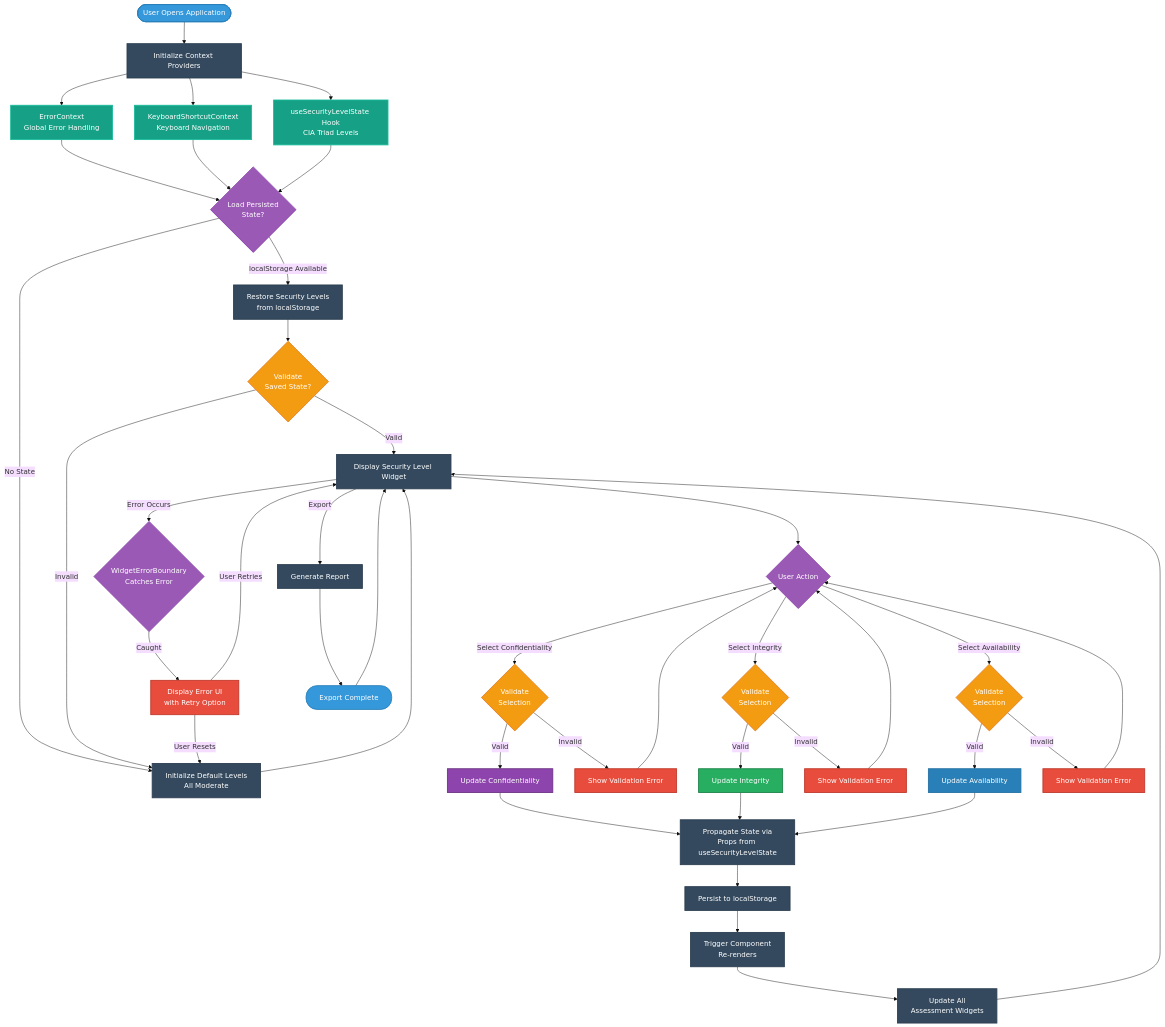
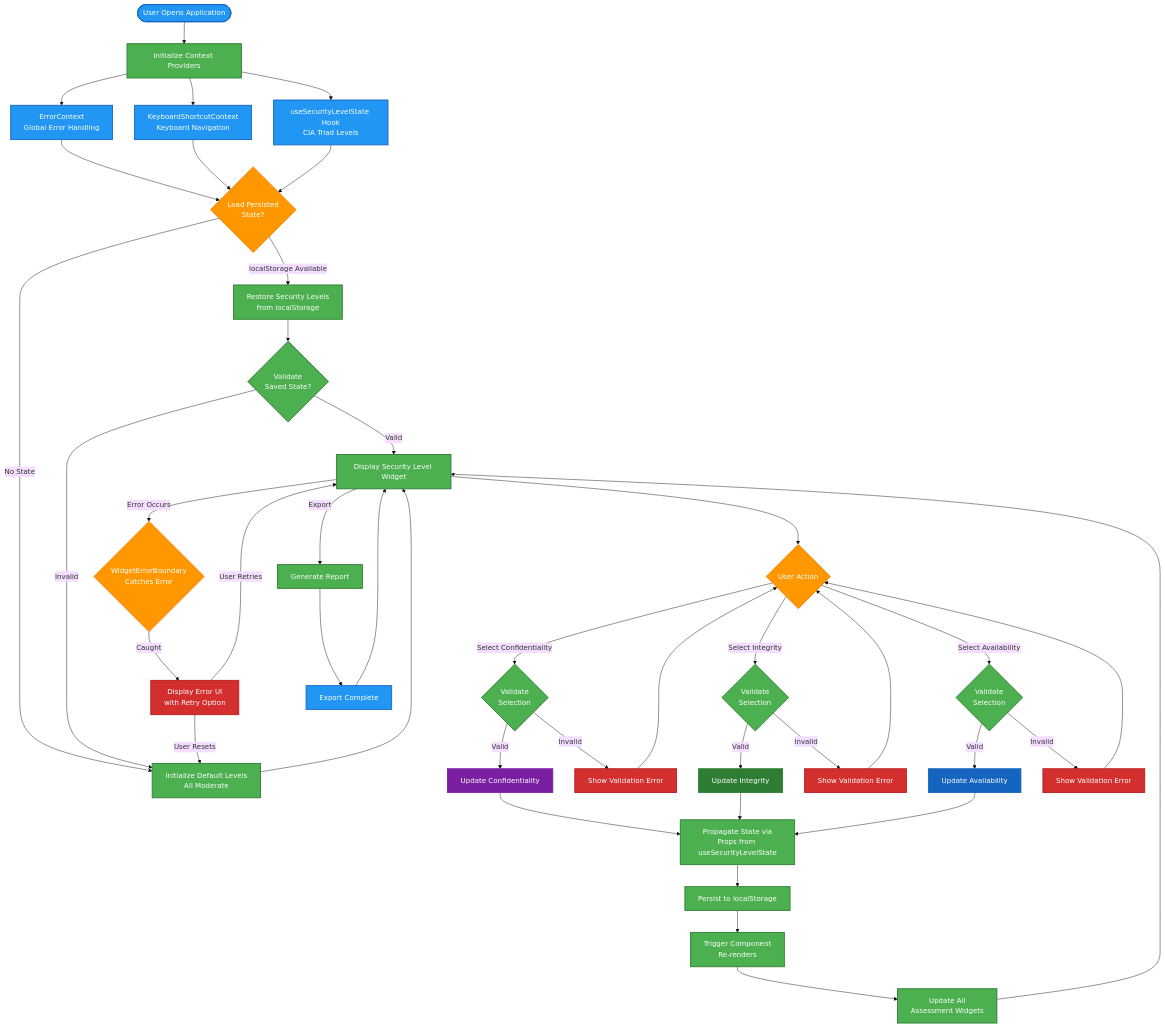
The first of 13 diagrams in docs/architecture/FLOWCHART.md (step-security-bot/cia-compliance-manager), drawn with Mermaid (base theme) before and after one commit. The commit also changed other lines of this file and 27 other files, not shown here.

First line of the commit message:
fix: resolve broken mermaid diagrams and improve color coding to match ISMS style guide (#1106)

````diff
--- a/docs/architecture/FLOWCHART.md
+++ b/docs/architecture/FLOWCHART.md
@@ -55,78 +55,78 @@
 ```mermaid
 flowchart TD
     Start([User Opens Application]) --> InitContexts[Initialize Context Providers]
     
     InitContexts --> ErrorCtx[ErrorContext<br>Global Error Handling]
     InitContexts --> KeyboardCtx[KeyboardShortcutContext<br>Keyboard Navigation]
     InitContexts --> SecurityState[useSecurityLevelState Hook<br>CIA Triad Levels]
     
     ErrorCtx --> LoadState{Load Persisted<br>State?}
     KeyboardCtx --> LoadState
     SecurityState --> LoadState
     
     LoadState -->|localStorage Available| RestoreState[Restore Security Levels<br>from localStorage]
     LoadState -->|No State| InitDefaults[Initialize Default Levels<br>All Moderate]
     
     RestoreState --> ValidateSaved{Validate<br>Saved State?}
     ValidateSaved -->|Valid| DisplayWidget[Display Security Level Widget]
     ValidateSaved -->|Invalid| InitDefaults
     InitDefaults --> DisplayWidget
     
     DisplayWidget --> UserInteract{User Action}
     
     UserInteract -->|Select Confidentiality| ValidateC{Validate<br>Selection}
     UserInteract -->|Select Integrity| ValidateI{Validate<br>Selection}
     UserInteract -->|Select Availability| ValidateA{Validate<br>Selection}
     
     ValidateC -->|Valid| UpdateC[Update Confidentiality]
     ValidateC -->|Invalid| ShowErrorC[Show Validation Error]
     ShowErrorC --> UserInteract
     
     ValidateI -->|Valid| UpdateI[Update Integrity]
     ValidateI -->|Invalid| ShowErrorI[Show Validation Error]
     ShowErrorI --> UserInteract
     
     ValidateA -->|Valid| UpdateA[Update Availability]
     ValidateA -->|Invalid| ShowErrorA[Show Validation Error]
     ShowErrorA --> UserInteract
     
     UpdateC --> PropagateState[Propagate State via<br>Props from useSecurityLevelState]
     UpdateI --> PropagateState
     UpdateA --> PropagateState
     
     PropagateState --> PersistState[Persist to localStorage]
     PersistState --> TriggerRerender[Trigger Component<br>Re-renders]
     TriggerRerender --> UpdateWidgets[Update All<br>Assessment Widgets]
     UpdateWidgets --> DisplayWidget
     
     DisplayWidget -->|Export| GenerateExport[Generate Report]
     GenerateExport --> ExportComplete[Export Complete]
     ExportComplete --> DisplayWidget
     
     DisplayWidget -->|Error Occurs| ErrorBoundary{WidgetErrorBoundary<br>Catches Error}
     ErrorBoundary -->|Caught| ShowErrorUI[Display Error UI<br>with Retry Option]
     ShowErrorUI -->|User Retries| DisplayWidget
     ShowErrorUI -->|User Resets| InitDefaults
     
     %% Apply styles using class definitions
-    classDef startend fill:#3498db,stroke:#2980b9,stroke-width:2px,color:white,rx:25
-    classDef process fill:#34495e,stroke:#2c3e50,stroke-width:2px,color:white
-    classDef decision fill:#9b59b6,stroke:#8e44ad,stroke-width:2px,color:white
-    classDef validation fill:#f39c12,stroke:#e67e22,stroke-width:2px,color:white
-    classDef error fill:#e74c3c,stroke:#c0392b,stroke-width:2px,color:white
-    classDef success fill:#27ae60,stroke:#1e8449,stroke-width:2px,color:white
-    classDef confidentiality fill:#8e44ad,stroke:#6c3483,stroke-width:2px,color:white
-    classDef integrity fill:#27ae60,stroke:#1e8449,stroke-width:2px,color:white
-    classDef availability fill:#2980b9,stroke:#2471a3,stroke-width:2px,color:white
-    classDef context fill:#16a085,stroke:#1abc9c,stroke-width:2px,color:white
+    classDef startend fill:#2196F3,stroke:#1565C0,stroke-width:2px,color:#ffffff
+    classDef process fill:#4CAF50,stroke:#2E7D32,stroke-width:2px,color:#ffffff
+    classDef decision fill:#FF9800,stroke:#F57C00,stroke-width:2px,color:#ffffff
+    classDef validation fill:#4CAF50,stroke:#2E7D32,stroke-width:2px,color:#ffffff
+    classDef error fill:#D32F2F,stroke:#B71C1C,stroke-width:2px,color:#ffffff
+    classDef success fill:#4CAF50,stroke:#2E7D32,stroke-width:2px,color:#ffffff
+    classDef confidentiality fill:#7B1FA2,stroke:#7B1FA2,stroke-width:2px,color:#ffffff
+    classDef integrity fill:#2E7D32,stroke:#2E7D32,stroke-width:2px,color:#ffffff
+    classDef availability fill:#1565C0,stroke:#1565C0,stroke-width:2px,color:#ffffff
+    classDef context fill:#2196F3,stroke:#1565C0,stroke-width:2px,color:#ffffff
     
     class Start,ExportComplete startend
     class DisplayWidget,RestoreState,InitDefaults,PropagateState,PersistState,TriggerRerender,UpdateWidgets,GenerateExport,InitContexts process
     class LoadState,UserInteract,ErrorBoundary decision
     class ValidateC,ValidateI,ValidateA,ValidateSaved validation
     class ShowErrorC,ShowErrorI,ShowErrorA,ShowErrorUI error
     class UpdateC confidentiality
     class UpdateI integrity
     class UpdateA availability
     class SecurityState,ErrorCtx,KeyboardCtx context
 ```
````
